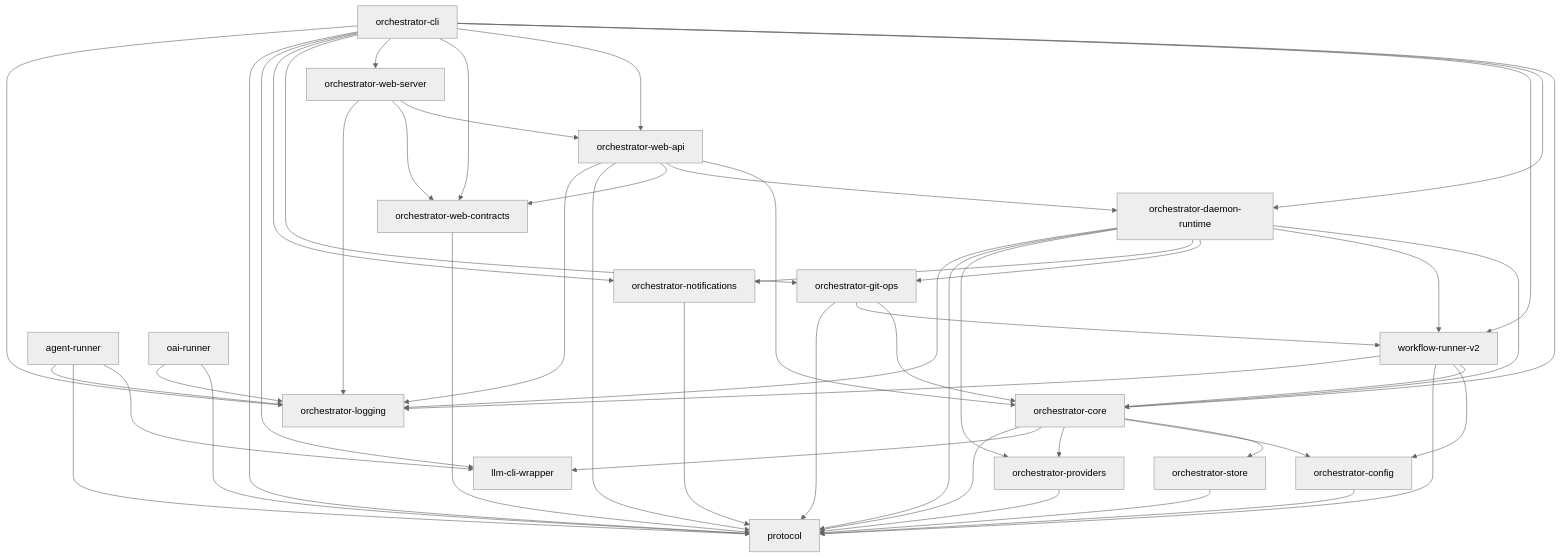
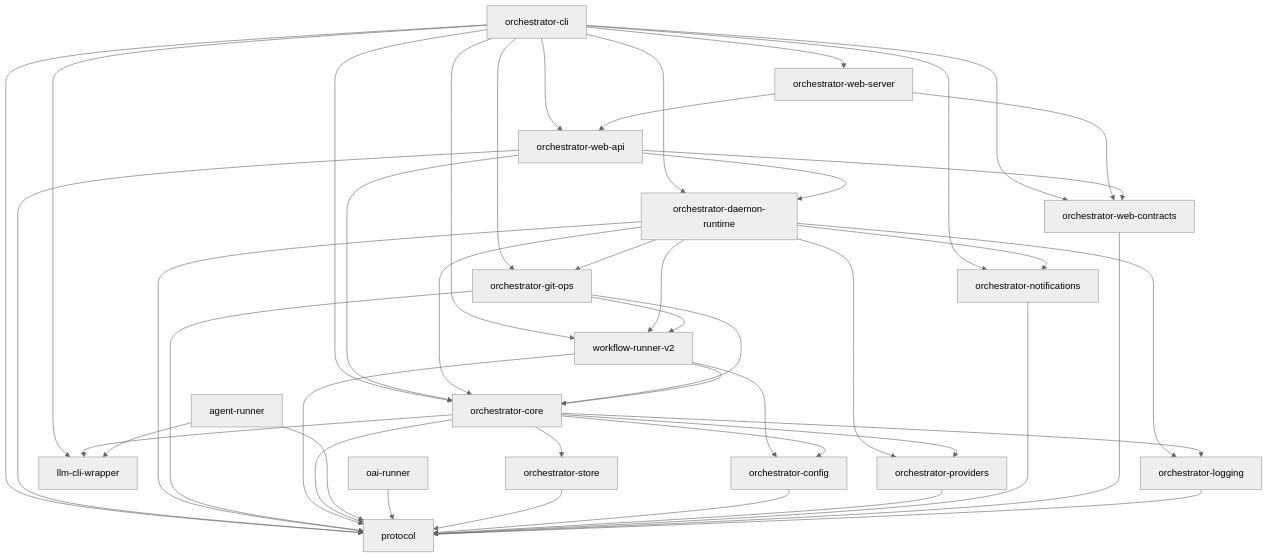
Before and after one commit to renakdata17/animus-cli: the diagram in docs/architecture/index.md, drawn with Mermaid (neutral theme). The commit also changed other lines of this file and 24 other files, not shown here.

````diff
--- a/docs/architecture/index.md
+++ b/docs/architecture/index.md
@@ -7,77 +7,73 @@
 ```mermaid
 graph TD
     CLI[orchestrator-cli]
     CORE[orchestrator-core]
     PROTO[protocol]
     STORE[orchestrator-store]
     CONFIG[orchestrator-config]
     DAEMON[orchestrator-daemon-runtime]
     WR[workflow-runner-v2]
     AR[agent-runner]
     LLM[llm-cli-wrapper]
     OAI[oai-runner]
-    LOG[orchestrator-logging]
     WAPI[orchestrator-web-api]
     WCON[orchestrator-web-contracts]
     WSRV[orchestrator-web-server]
     PROV[orchestrator-providers]
     NOTIF[orchestrator-notifications]
     GIT[orchestrator-git-ops]
+    LOG[orchestrator-logging]
 
     CLI --> CORE
     CLI --> DAEMON
     CLI --> WR
     CLI --> WAPI
     CLI --> WCON
     CLI --> WSRV
     CLI --> GIT
     CLI --> NOTIF
     CLI --> LLM
     CLI --> PROTO
-    CLI --> LOG
 
     WSRV --> WAPI
     WSRV --> WCON
-    WSRV --> LOG
     WAPI --> CORE
     WAPI --> DAEMON
     WAPI --> WCON
     WAPI --> PROTO
-    WAPI --> LOG
 
     DAEMON --> CORE
     DAEMON --> WR
     DAEMON --> GIT
     DAEMON --> NOTIF
     DAEMON --> PROV
+    DAEMON --> LOG
     DAEMON --> PROTO
-    DAEMON --> LOG
 
     GIT --> CORE
     GIT --> WR
     GIT --> PROTO
 
     WR --> CORE
     WR --> CONFIG
     WR --> PROTO
-    WR --> LOG
 
     CORE --> STORE
     CORE --> CONFIG
     CORE --> PROV
     CORE --> LLM
+    CORE --> LOG
     CORE --> PROTO
 
     AR --> LLM
     AR --> PROTO
-    AR --> LOG
 
     OAI --> PROTO
-    OAI --> LOG
 
     STORE --> PROTO
     CONFIG --> PROTO
     PROV --> PROTO
     NOTIF --> PROTO
     WCON --> PROTO
+    LOG --> PROTO
 ```
````
